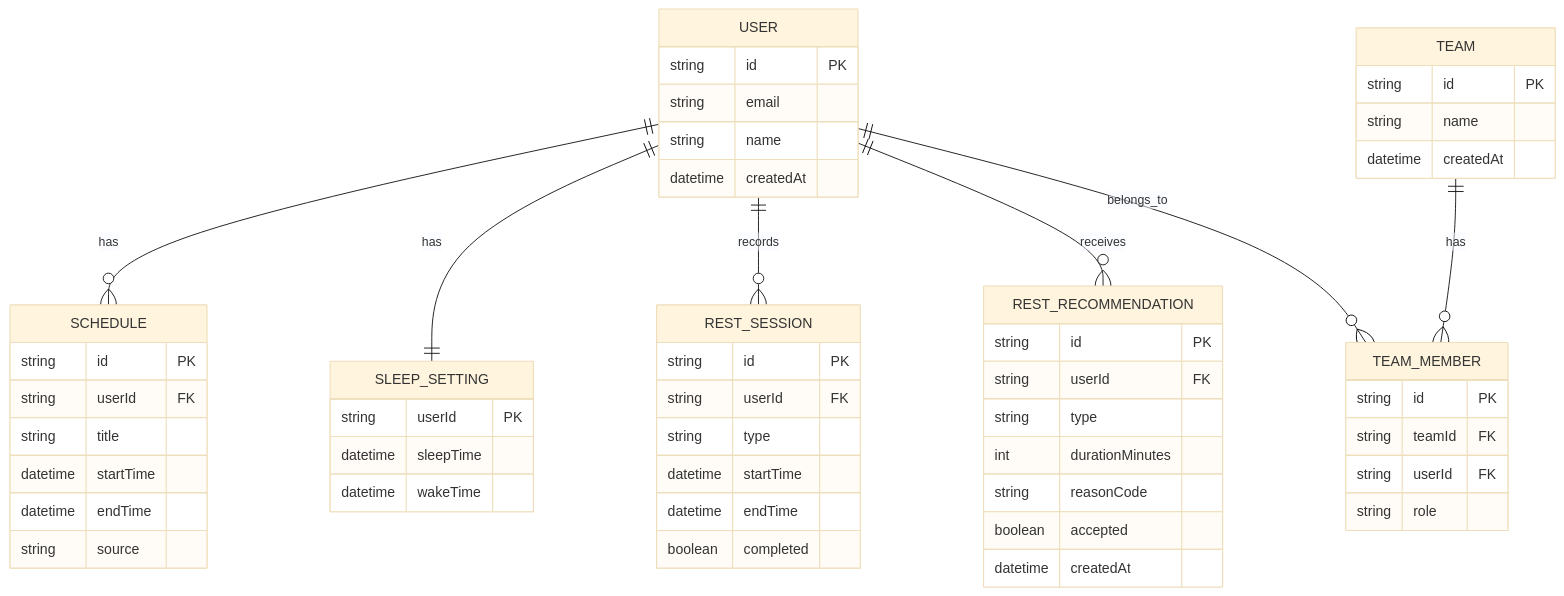
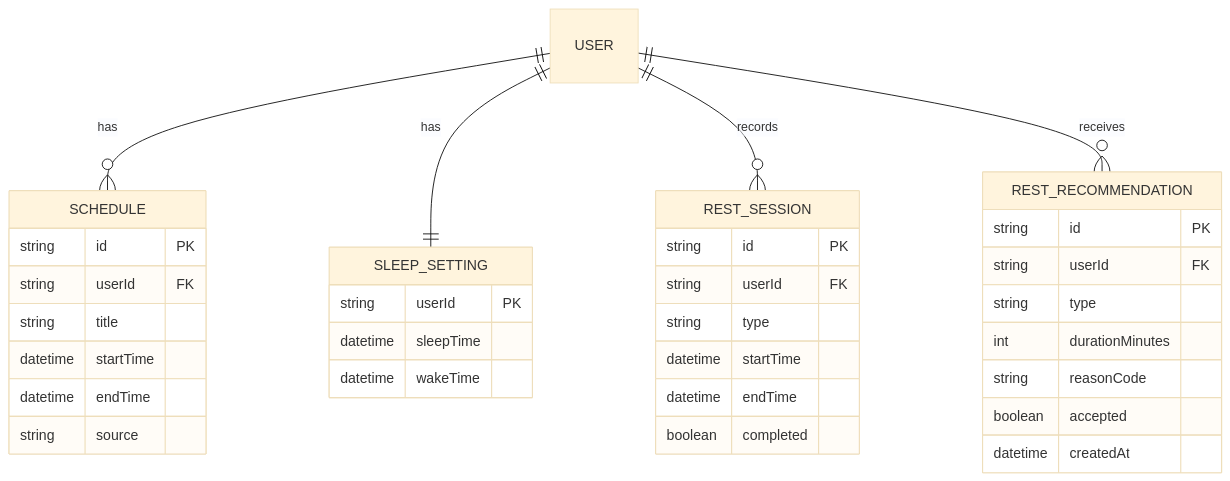
One commit to YAMI-SOTE/team-nap-app changed the second of 2 diagrams in docs/db.md. Above: the diagram before and after it, drawn with Mermaid (base theme). The commit also changed other lines of this file and 5 other files, not shown here.

````diff
--- a/docs/db.md
+++ b/docs/db.md
@@ -77,65 +127,42 @@
 ```mermaid
 erDiagram
 
     USER ||--o{ SCHEDULE : has
     USER ||--|| SLEEP_SETTING : has
     USER ||--o{ REST_SESSION : records
     USER ||--o{ REST_RECOMMENDATION : receives
-    USER ||--o{ TEAM_MEMBER : belongs_to
-
-    TEAM ||--o{ TEAM_MEMBER : has
-
-    USER {
-        string id PK
-        string email
-        string name
-        datetime createdAt
-    }
 
     SCHEDULE {
         string id PK
         string userId FK
         string title
         datetime startTime
         datetime endTime
         string source
     }
 
     SLEEP_SETTING {
         string userId PK
         datetime sleepTime
         datetime wakeTime
     }
 
     REST_SESSION {
         string id PK
         string userId FK
         string type
         datetime startTime
         datetime endTime
         boolean completed
     }
 
     REST_RECOMMENDATION {
         string id PK
         string userId FK
         string type
         int durationMinutes
         string reasonCode
         boolean accepted
         datetime createdAt
     }
-
-    TEAM {
-        string id PK
-        string name
-        datetime createdAt
-    }
-
-    TEAM_MEMBER {
-        string id PK
-        string teamId FK
-        string userId FK
-        string role
-    }
 ```
````
